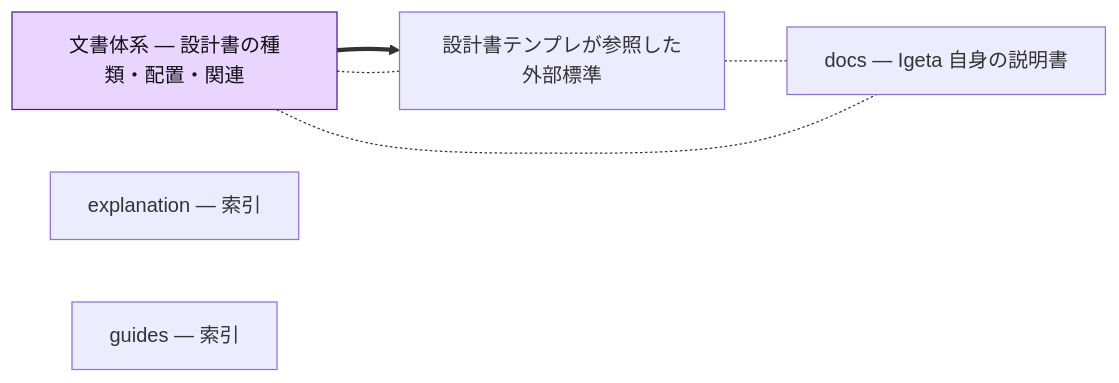
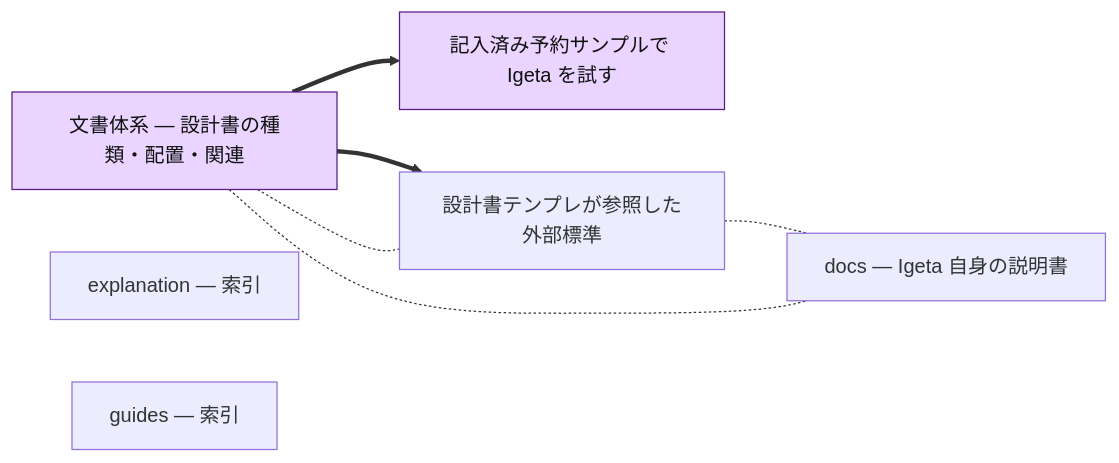
The diagram in docs/dependencies.md (SakakitaniJunya/Igeta), drawn with Mermaid before and after one commit. The commit also changed other lines of this file and 37 other files, not shown here.

Commit message:
feat: add documented booking sample with executable checks

````diff
--- a/docs/dependencies.md
+++ b/docs/dependencies.md
@@ -12,26 +12,29 @@
 ```mermaid
 graph LR
   classDef standard fill:#fde68a,stroke:#92400e,color:#111
   classDef architecture fill:#bfdbfe,stroke:#1e3a8a,color:#111
   classDef strategy fill:#fbcfe8,stroke:#9d174d,color:#111
   classDef prd fill:#bbf7d0,stroke:#065f46,color:#111
   classDef business fill:#a7f3d0,stroke:#064e3b,color:#111
   classDef adr fill:#c7d2fe,stroke:#3730a3,color:#111
   classDef runbook fill:#fecaca,stroke:#7f1d1d,color:#111
   classDef guide fill:#e9d5ff,stroke:#581c87,color:#111
   classDef design fill:#ddd6fe,stroke:#6d28d9,color:#111
+  booking-sample-guide["記入済み予約サンプルで Igeta を試す"]
+  class booking-sample-guide guide
   design-doc-standards["設計書テンプレが参照した外部標準"]
   class design-doc-standards explanation
   docs-index["docs — Igeta 自身の説明書"]
   class docs-index index
   document-taxonomy["文書体系 — 設計書の種類・配置・関連"]
   class document-taxonomy guide
   explanation-index["explanation — 索引"]
   class explanation-index index
   guides-index["guides — 索引"]
   class guides-index index
+  document-taxonomy ==> booking-sample-guide
   document-taxonomy ==> design-doc-standards
   design-doc-standards -.- docs-index
   document-taxonomy -.- design-doc-standards
   document-taxonomy -.- docs-index
 ```
````
